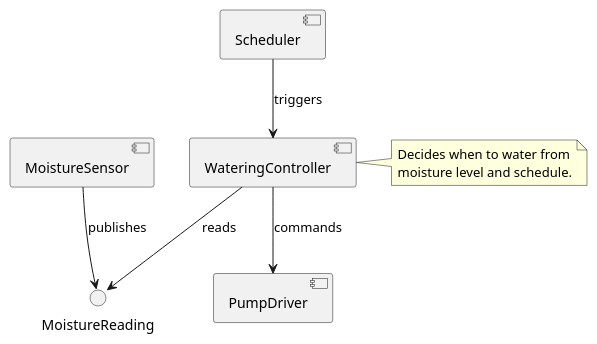
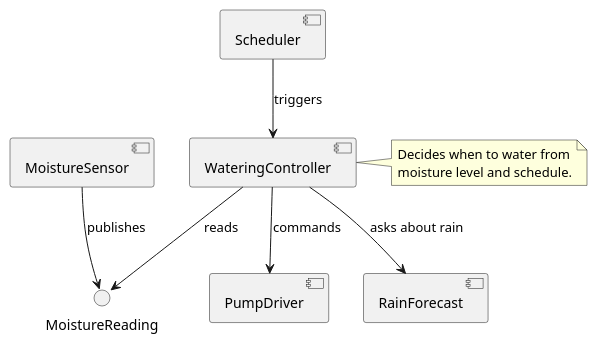
Before and after one commit to thinhquoc17091989-sudo/KiroweenDoppel: the diagram in architecture/plant-watering.puml, drawn with PlantUML. The commit also changed 48 other files, not shown here.

```diff
--- a/architecture/plant-watering.puml
+++ b/architecture/plant-watering.puml
@@ -1,31 +1,36 @@
 @startuml plant-watering
 
 ' id: moisture-sensor
 ' req: R1
 component "MoistureSensor" as MoistureSensor
 
 ' id: watering-controller
 ' req: R1, R2
 component "WateringController" as WateringController
 
 ' id: pump-driver
 ' req: R2
 component "PumpDriver" as PumpDriver
 
 ' id: scheduler
 ' req: R3
 component "Scheduler" as Scheduler
 
 ' id: moisture-reading
 interface "MoistureReading" as MoistureReading
 
+' id: rain-forecast
+' req: R8
+component "RainForecast" as RainForecast
+
 MoistureSensor --> MoistureReading : publishes
 WateringController --> MoistureReading : reads
 WateringController --> PumpDriver : commands
 Scheduler --> WateringController : triggers
+WateringController --> RainForecast : asks about rain
 
 note right of WateringController
   Decides when to water from
   moisture level and schedule.
 end note
 @enduml
```
